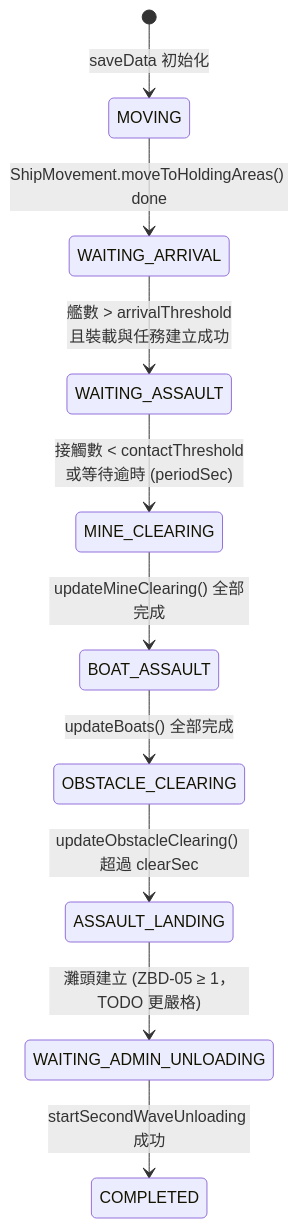
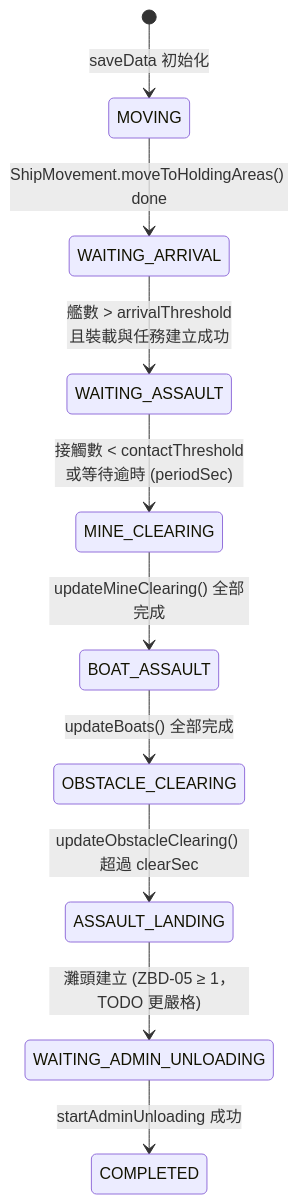
Before and after one commit to pullupjumper/formosa-in-flames: the second of 4 diagrams in docs/landingOps/coordinator.md, drawn with Mermaid. The commit also changed other lines of this file and 20 other files, not shown here.

First line of the commit message:
refactor(landingOps): rename secondWaveUnloading to adminUnloading and boat to hovercraft

````diff
--- a/docs/landingOps/coordinator.md
+++ b/docs/landingOps/coordinator.md
@@ -42,12 +42,12 @@
 ```mermaid
 stateDiagram-v2
     [*] --> MOVING: saveData 初始化
     MOVING --> WAITING_ARRIVAL: ShipMovement.moveToHoldingAreas() done
     WAITING_ARRIVAL --> WAITING_ASSAULT: 艦數 > arrivalThreshold<br>且裝載與任務建立成功
     WAITING_ASSAULT --> MINE_CLEARING: 接觸數 < contactThreshold<br>或等待逾時 (periodSec)
     MINE_CLEARING --> BOAT_ASSAULT: updateMineClearing() 全部完成
     BOAT_ASSAULT --> OBSTACLE_CLEARING: updateBoats() 全部完成
     OBSTACLE_CLEARING --> ASSAULT_LANDING: updateObstacleClearing() 超過 clearSec
     ASSAULT_LANDING --> WAITING_ADMIN_UNLOADING: 灘頭建立 (ZBD-05 ≥ 1，TODO 更嚴格)
-    WAITING_ADMIN_UNLOADING --> COMPLETED: startSecondWaveUnloading 成功
+    WAITING_ADMIN_UNLOADING --> COMPLETED: startAdminUnloading 成功
 ```
````
